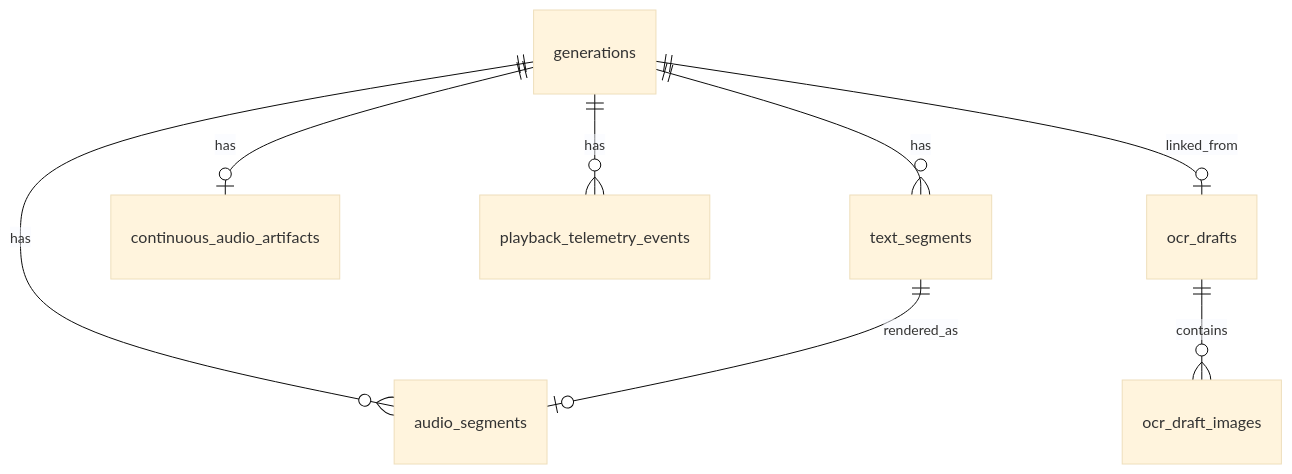
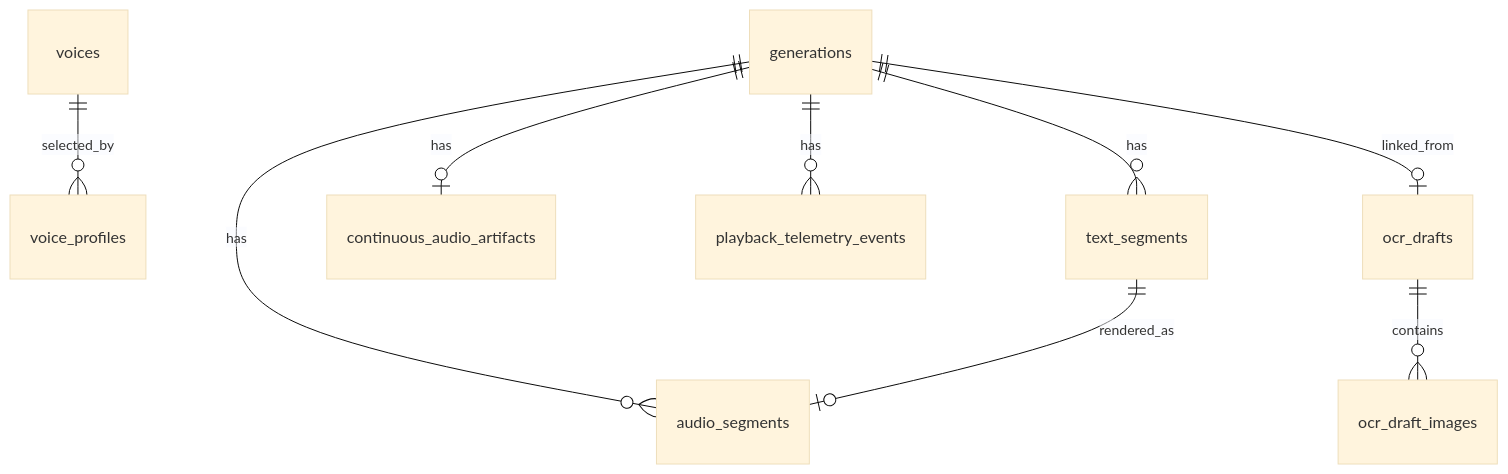
Before and after one commit to mohangk/readvox: the diagram in docs/data-model.md, drawn with Mermaid (base theme). The commit also changed other lines of this file and 11 other files, not shown here.

````diff
--- a/docs/data-model.md
+++ b/docs/data-model.md
@@ -15,10 +16,11 @@
 ```mermaid
 erDiagram
+    voices ||--o{ voice_profiles : selected_by
     generations ||--o{ text_segments : has
     generations ||--o{ audio_segments : has
     generations ||--o| continuous_audio_artifacts : has
     generations ||--o{ playback_telemetry_events : has
     generations ||--o| ocr_drafts : linked_from
     text_segments ||--o| audio_segments : rendered_as
     ocr_drafts ||--o{ ocr_draft_images : contains
 ```
````
